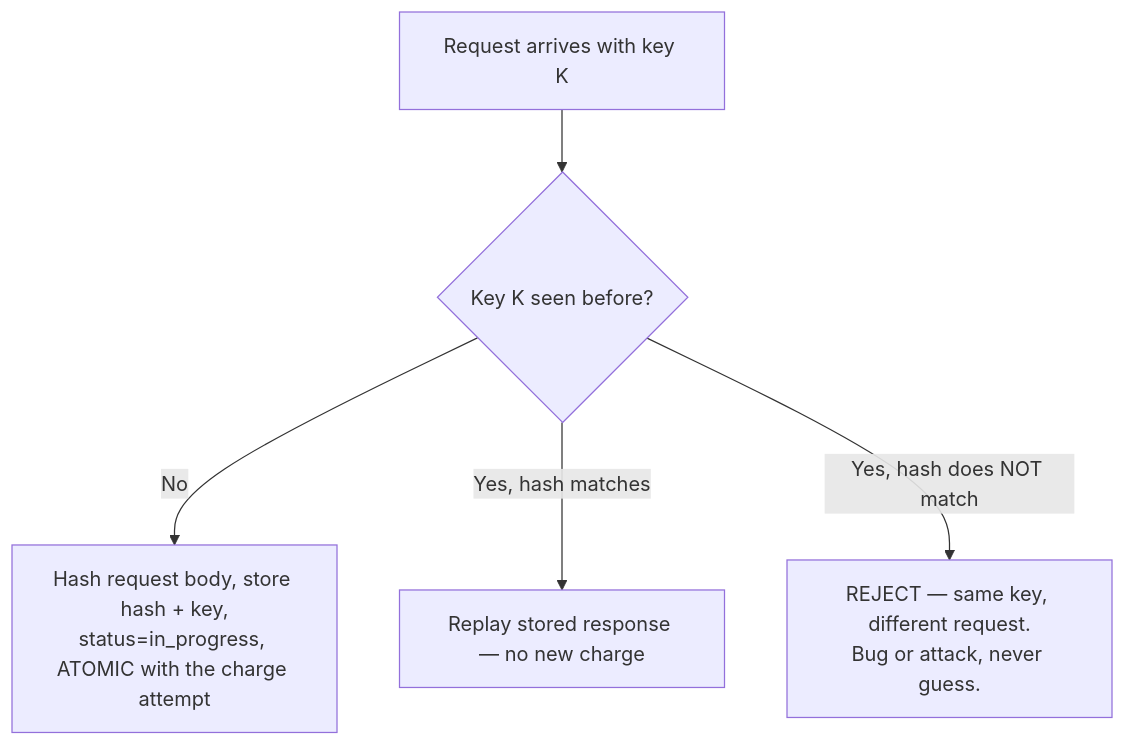
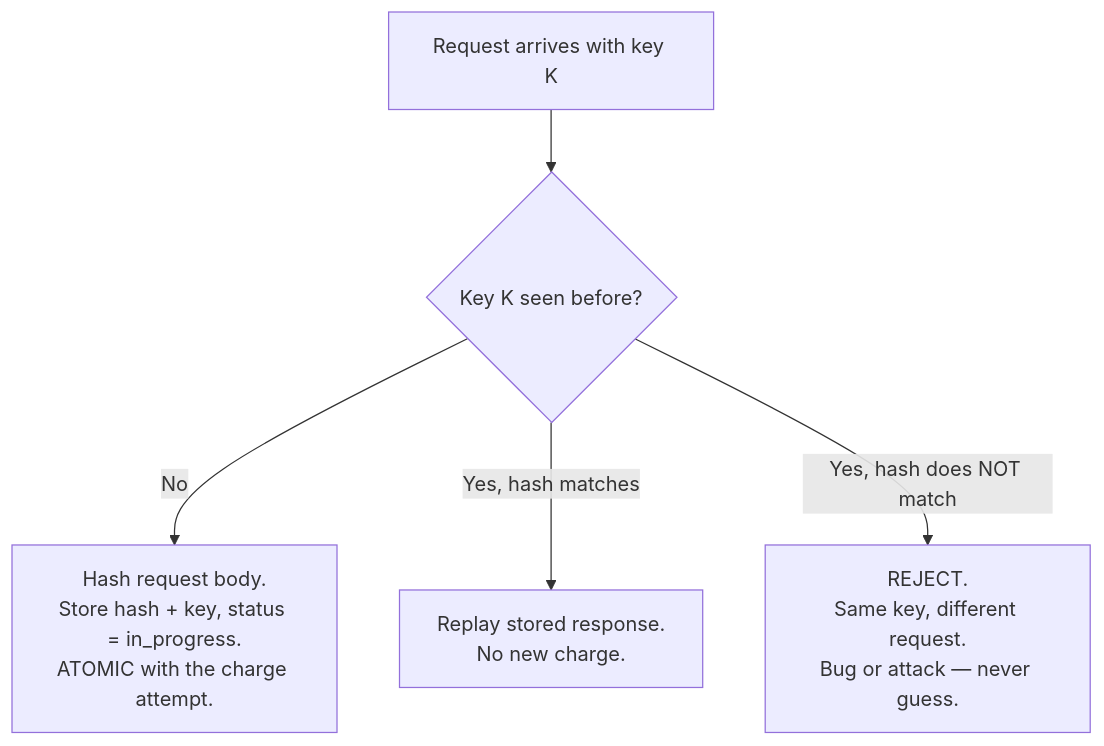
One commit to riyaz-pasha/Learnings changed the fourth of 13 diagrams in system-design/HLD/0-course/41-Design-a-Payment-System-FAANG-Guide-story.md. Above: the diagram before and after it, drawn with Mermaid. The commit also changed other lines of this file and 1 other file, not shown here.

Commit message:
[REWRITE] Payment System story guide: simplify prose, add structure, fix diagrams

````diff
--- a/system-design/HLD/0-course/41-Design-a-Payment-System-FAANG-Guide-story.md
+++ b/system-design/HLD/0-course/41-Design-a-Payment-System-FAANG-Guide-story.md
@@ -96,7 +254,7 @@
 ```mermaid
 flowchart TD
     A["Request arrives with key K"] --> B{"Key K seen before?"}
-    B -- "No" --> C["Hash request body, store hash + key,\nstatus=in_progress, ATOMIC with the charge attempt"]
-    B -- "Yes, hash matches" --> D["Replay stored response — no new charge"]
-    B -- "Yes, hash does NOT match" --> E["REJECT — same key, different request.\nBug or attack, never guess."]
+    B -- "No" --> C["Hash request body.<br/>Store hash + key, status = in_progress.<br/>ATOMIC with the charge attempt."]
+    B -- "Yes, hash matches" --> D["Replay stored response.<br/>No new charge."]
+    B -- "Yes, hash does NOT match" --> E["REJECT.<br/>Same key, different request.<br/>Bug or attack — never guess."]
 ```
````
